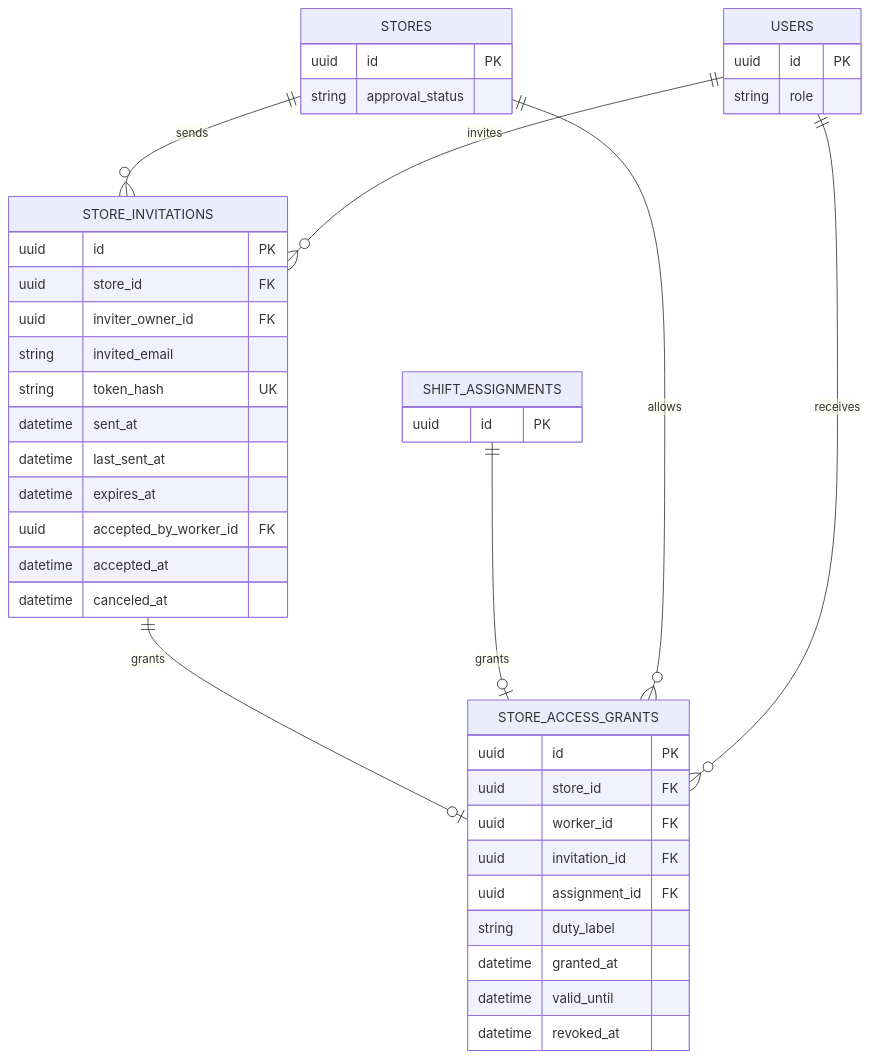
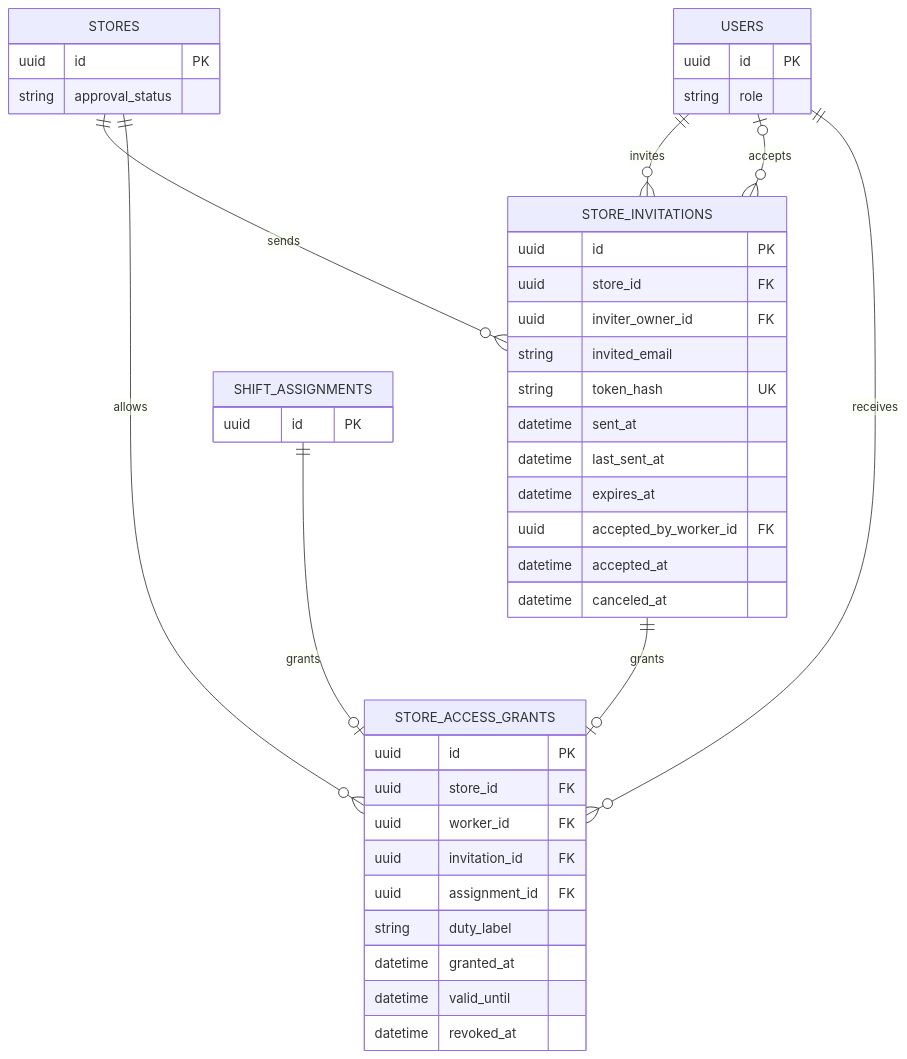
One commit to 2026-KW-HACKATHON/29_Jidan changed the diagram in back-end/docs/erd/access.md. Above: the diagram before and after it, drawn with Mermaid.

Commit message:
docs(access): 초대 수락자 FK 관계 표시
초대 생성 점주와 수락 근무자의 별도 관계를 도식에 명시

````diff
--- a/back-end/docs/erd/access.md
+++ b/back-end/docs/erd/access.md
@@ -3,45 +3,46 @@
 ```mermaid
 erDiagram
     STORES ||--o{ STORE_INVITATIONS : sends
     USERS ||--o{ STORE_INVITATIONS : invites
+    USERS o|--o{ STORE_INVITATIONS : accepts
     STORE_INVITATIONS ||--o| STORE_ACCESS_GRANTS : grants
     SHIFT_ASSIGNMENTS ||--o| STORE_ACCESS_GRANTS : grants
     STORES ||--o{ STORE_ACCESS_GRANTS : allows
     USERS ||--o{ STORE_ACCESS_GRANTS : receives
 
     STORES {
         uuid id PK
         string approval_status
     }
     USERS {
         uuid id PK
         string role
     }
     STORE_INVITATIONS {
         uuid id PK
         uuid store_id FK
         uuid inviter_owner_id FK
         string invited_email
         string token_hash UK
         datetime sent_at
         datetime last_sent_at
         datetime expires_at
         uuid accepted_by_worker_id FK
         datetime accepted_at
         datetime canceled_at
     }
     SHIFT_ASSIGNMENTS {
         uuid id PK
     }
     STORE_ACCESS_GRANTS {
         uuid id PK
         uuid store_id FK
         uuid worker_id FK
         uuid invitation_id FK
         uuid assignment_id FK
         string duty_label
         datetime granted_at
         datetime valid_until
         datetime revoked_at
     }
 ```
````
